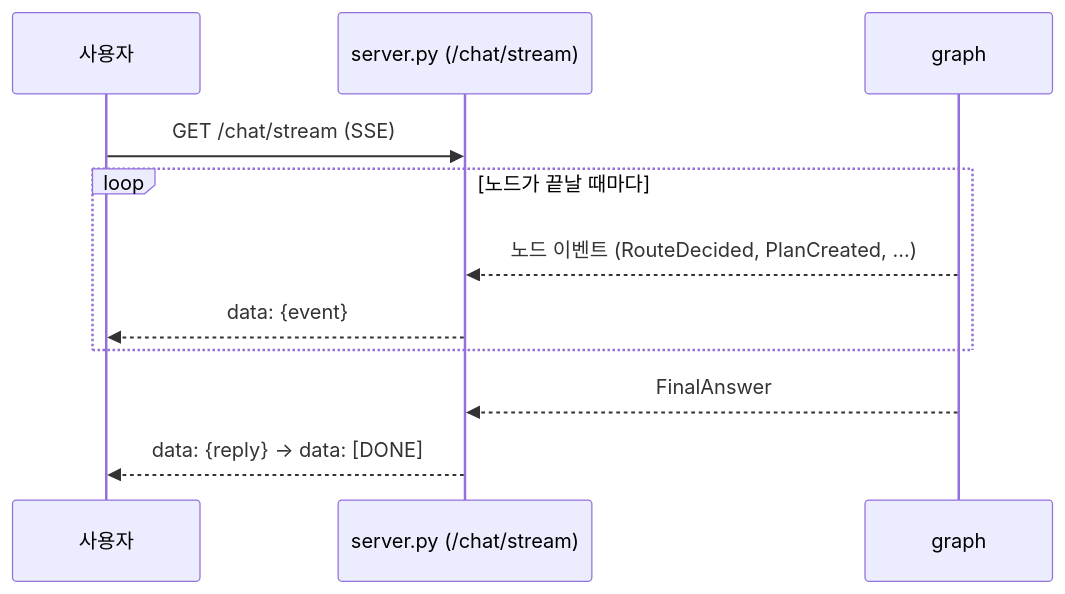
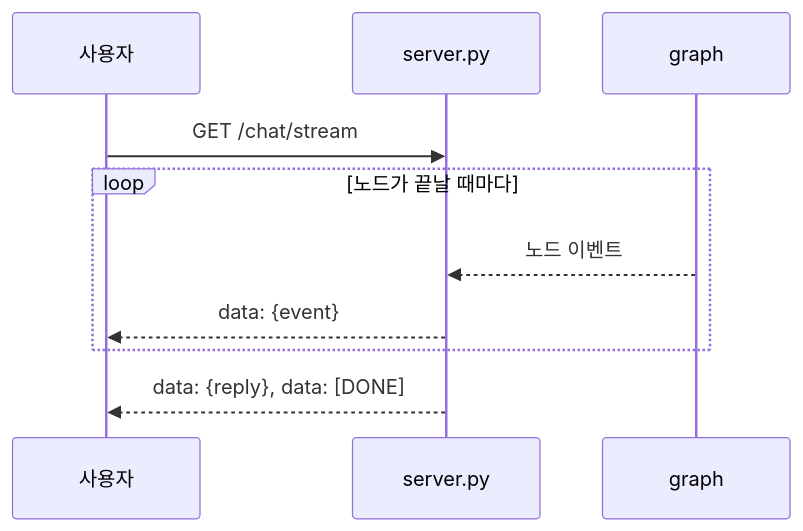
Before and after one commit to InwooLeeme/ai_mini_project: the sixth of 8 diagrams in doc/README.md, drawn with Mermaid. The commit also changed other lines of this file, not shown here.

````diff
--- a/doc/README.md
+++ b/doc/README.md
@@ -179,14 +157,13 @@
 ```mermaid
 sequenceDiagram
     participant U as 사용자
-    participant S as server.py (/chat/stream)
+    participant S as server.py
     participant G as graph
 
-    U->>S: GET /chat/stream (SSE)
+    U->>S: GET /chat/stream
     loop 노드가 끝날 때마다
-        G-->>S: 노드 이벤트 (RouteDecided, PlanCreated, ...)
+        G-->>S: 노드 이벤트
         S-->>U: data: {event}
     end
-    G-->>S: FinalAnswer
-    S-->>U: data: {reply} → data: [DONE]
+    S-->>U: data: {reply}, data: [DONE]
 ```
````
